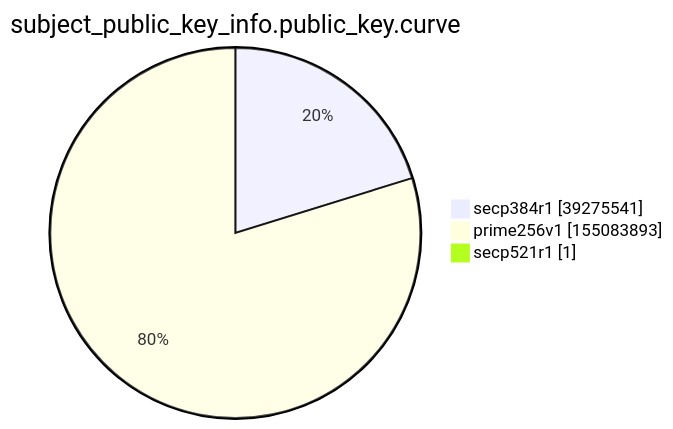
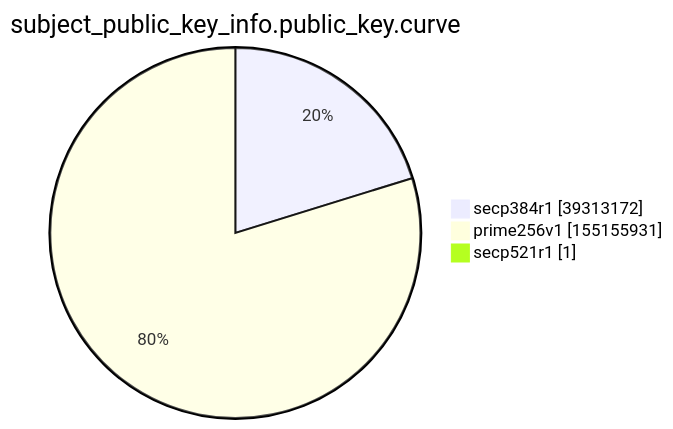
The ninth of 15 diagrams in xenon2022/README.md (christiankrug/ctmonitor_visualization), drawn with Mermaid before and after one commit. The commit also changed other lines of this file, not shown here.

````diff
--- a/xenon2022/README.md
+++ b/xenon2022/README.md
@@ -2863,7 +2865,7 @@
 ```mermaid
 pie showData
 title subject_public_key_info.public_key.curve
-"secp384r1" :39275541
-"prime256v1" :155083893
+"secp384r1" :39313172
+"prime256v1" :155155931
 "secp521r1" :1
 ```
````
